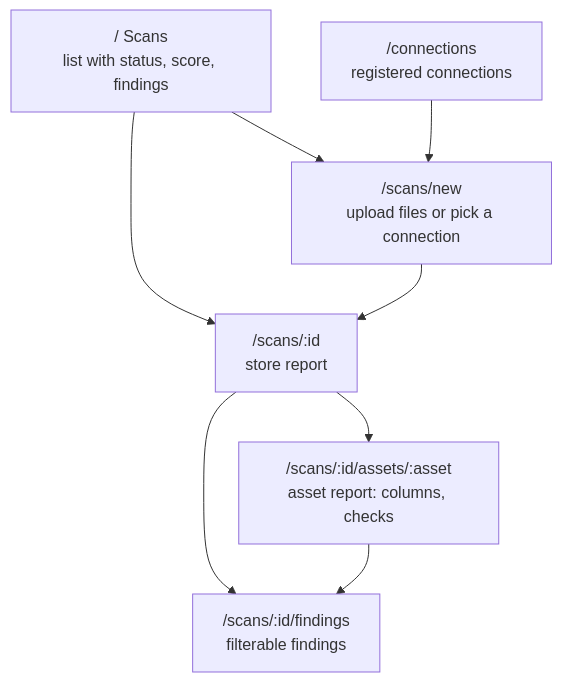
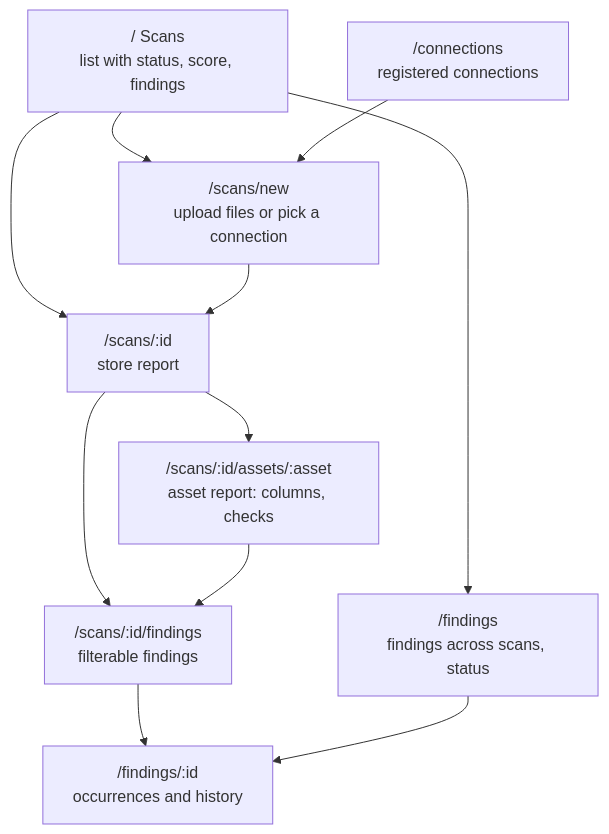
Before and after one commit to Sira-Labs/Sahifa: the diagram in docs/frontend/01-frontend-design.md, drawn with Mermaid. The commit also changed other lines of this file and 5 other files, not shown here.

First line of the commit message:
docs: spec 009 done; domain model, architecture, frontend and decisions

````diff
--- a/docs/frontend/01-frontend-design.md
+++ b/docs/frontend/01-frontend-design.md
@@ -34,10 +34,13 @@
 ```mermaid
 flowchart TD
     Scans["/ Scans<br/>list with status, score, findings"] --> New["/scans/new<br/>upload files or pick a connection"]
     Scans --> Report["/scans/:id<br/>store report"]
     New --> Report
     Report --> Asset["/scans/:id/assets/:asset<br/>asset report: columns, checks"]
     Report --> Findings["/scans/:id/findings<br/>filterable findings"]
     Asset --> Findings
     Conns["/connections<br/>registered connections"] --> New
+    Scans --> Across["/findings<br/>findings across scans, status"]
+    Findings --> Finding["/findings/:id<br/>occurrences and history"]
+    Across --> Finding
 ```
````
